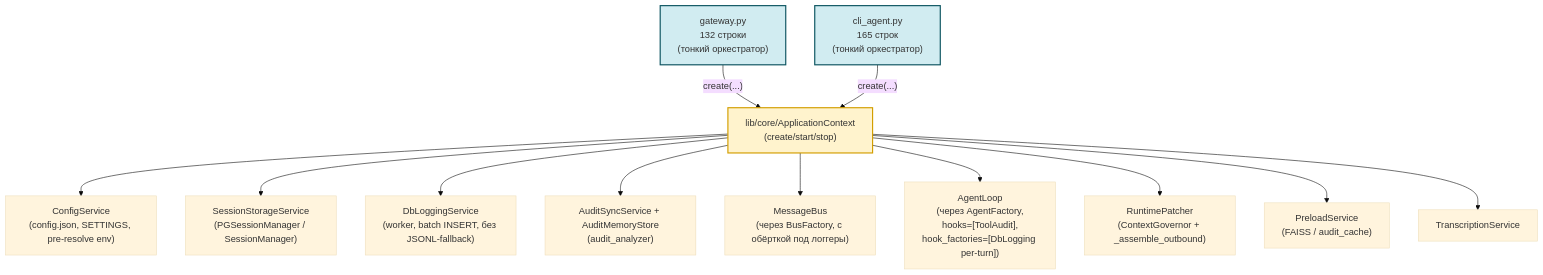
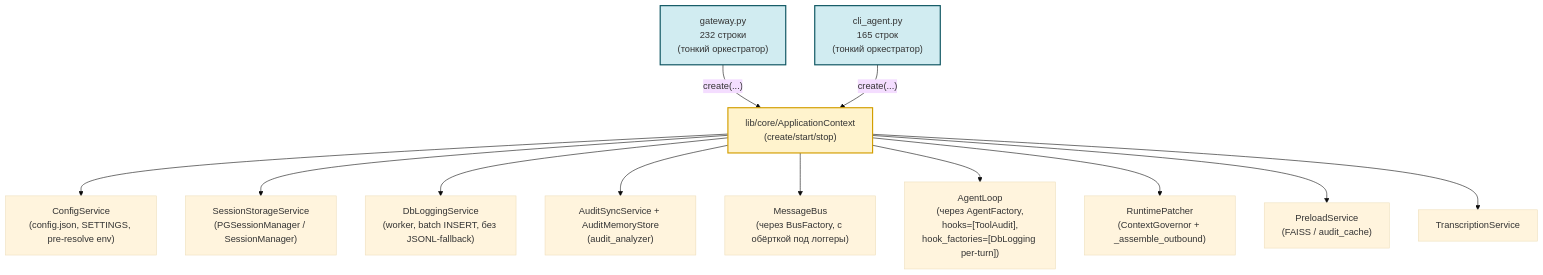
One commit to AlexEgorov85/workspaces_nanobot changed the second of 2 diagrams in DEVELOPMENT.md. Above: the diagram before and after it, drawn with Mermaid (base theme). The commit also changed other lines of this file and 8 other files, not shown here.

````diff
--- a/DEVELOPMENT.md
+++ b/DEVELOPMENT.md
@@ -113,24 +113,24 @@
 ```mermaid
 flowchart TB
-    GW["gateway.py<br/>132 строки<br/>(тонкий оркестратор)"]
+    GW["gateway.py<br/>232 строки<br/>(тонкий оркестратор)"]
     CLI["cli_agent.py<br/>165 строк<br/>(тонкий оркестратор)"]
     CTX["lib/core/ApplicationContext<br/>(create/start/stop)"]
 
     GW -->|"create(...)"| CTX
     CLI -->|"create(...)"| CTX
 
     CTX --> CFG_SVC["ConfigService<br/>(config.json, SETTINGS, pre-resolve env)"]
     CTX --> SESS["SessionStorageService<br/>(PGSessionManager / SessionManager)"]
     CTX --> DB_LOG["DbLoggingService<br/>(worker, batch INSERT, без JSONL-fallback)"]
     CTX --> AUDIT["AuditSyncService + AuditMemoryStore<br/>(audit_analyzer)"]
     CTX --> BUS["MessageBus<br/>(через BusFactory, с обёрткой под логгеры)"]
     CTX --> AGENT["AgentLoop<br/>(через AgentFactory,<br/>hooks=[ToolAudit],<br/>hook_factories=[DbLogging per-turn])"]
     CTX --> PATCHER["RuntimePatcher<br/>(ContextGovernor + _assemble_outbound)"]
     CTX --> PRELOAD["PreloadService<br/>(FAISS / audit_cache)"]
     CTX --> TRANS["TranscriptionService"]
 
     classDef bootstrap fill:#fff3cd,stroke:#d39e00,stroke-width:2px
     classDef entry fill:#d1ecf1,stroke:#0c5460,stroke-width:2px
     class CTX bootstrap
     class GW,CLI entry
 ```
````
